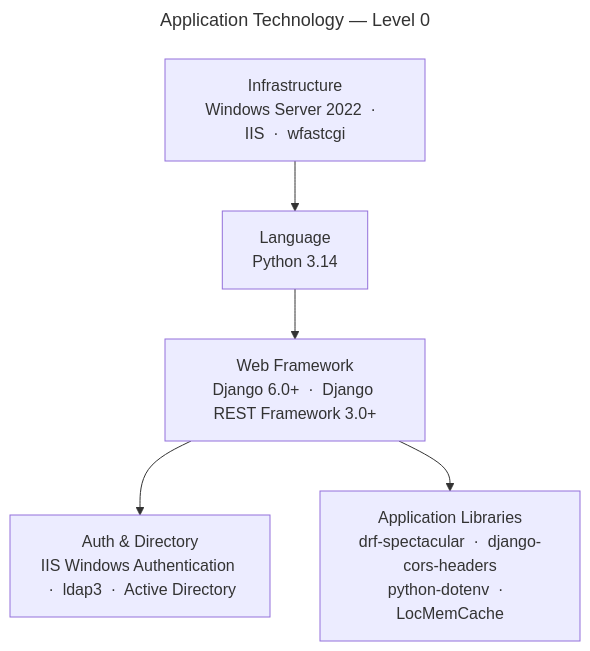
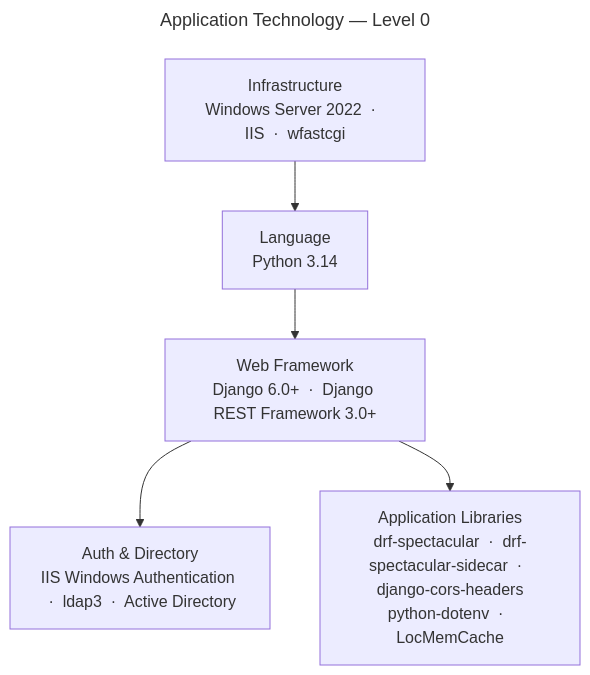
Before and after one commit to LewisCM14/django_auth: the third of 11 diagrams in docs/spec.md, drawn with Mermaid. The commit also changed other lines of this file and 5 other files, not shown here.

Commit message:
use drf spec sidecar

````diff
--- a/docs/spec.md
+++ b/docs/spec.md
@@ -126,22 +126,22 @@
 ```mermaid
 ---
 title: Application Technology — Level 0
 ---
 flowchart TD
     INFRA["`Infrastructure
 Windows Server 2022  ·  IIS  ·  wfastcgi`"]
     LANG["`Language
 Python 3.14`"]
     FW["`Web Framework
 Django 6.0+  ·  Django REST Framework 3.0+`"]
     AUTH["`Auth &amp; Directory
 IIS Windows Authentication  ·  ldap3  ·  Active Directory`"]
     LIBS["`Application Libraries
-drf-spectacular  ·  django-cors-headers
+drf-spectacular  ·  drf-spectacular-sidecar  ·  django-cors-headers
 python-dotenv  ·  LocMemCache`"]
 
     INFRA --> LANG
     LANG --> FW
     FW --> AUTH
     FW --> LIBS
 ```
````
